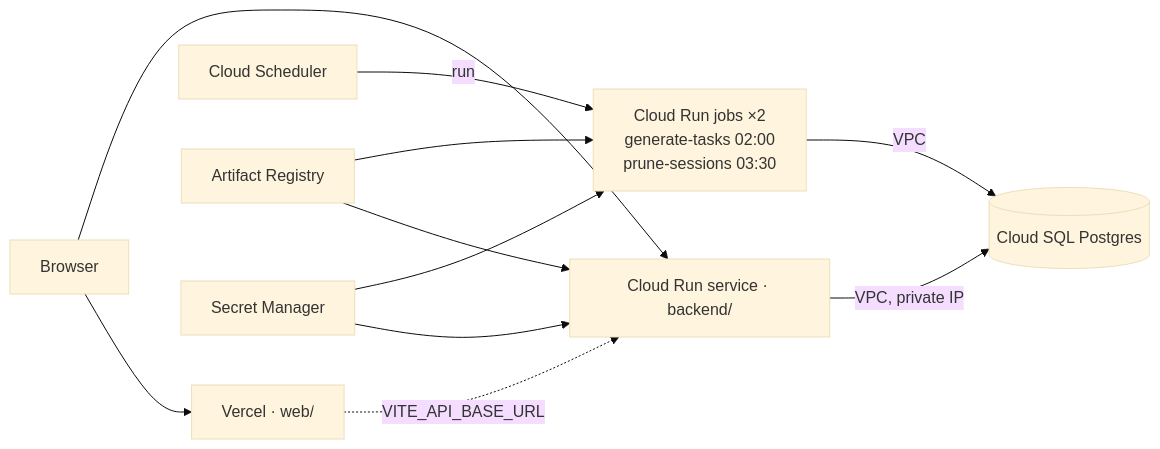
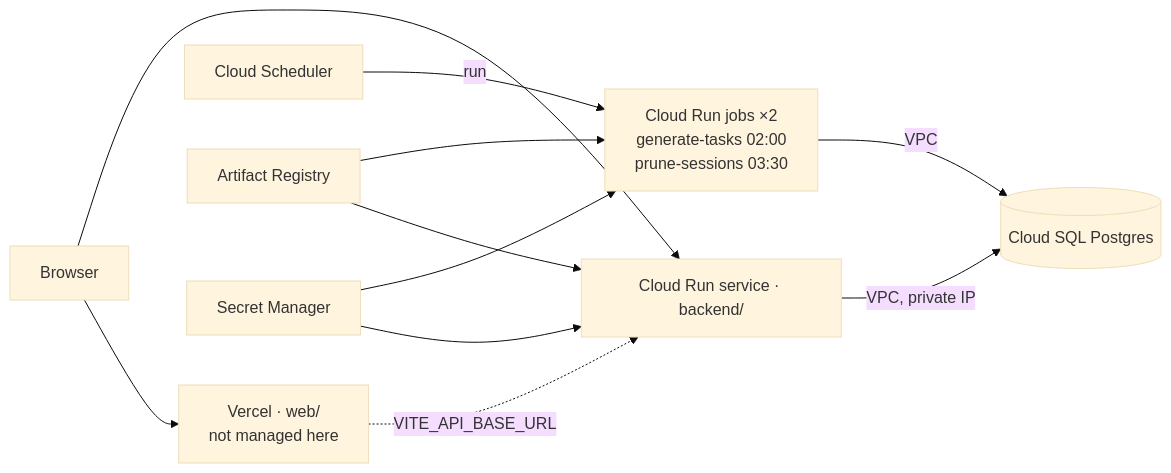
One commit to dantze/Dami-Prod-EcoTrack changed the diagram in infra/README.md. Above: the diagram before and after it, drawn with Mermaid (base theme). The commit also changed 14 other files, not shown here.

````diff
--- a/infra/README.md
+++ b/infra/README.md
@@ -3,13 +3,13 @@
 ```mermaid
 flowchart LR
-  B[Browser] --> V[Vercel · web/]
+  B[Browser] --> V[Vercel · web/<br/>not managed here]
   B --> S[Cloud Run service · backend/]
   S -- VPC, private IP --> DB[(Cloud SQL Postgres)]
   J[Cloud Run jobs ×2<br/>generate-tasks 02:00<br/>prune-sessions 03:30] -- VPC --> DB
   CS[Cloud Scheduler] -- run --> J
   AR[Artifact Registry] --> S
   AR --> J
   SM[Secret Manager] --> S
   SM --> J
   V -. VITE_API_BASE_URL .-> S
 ```
````
